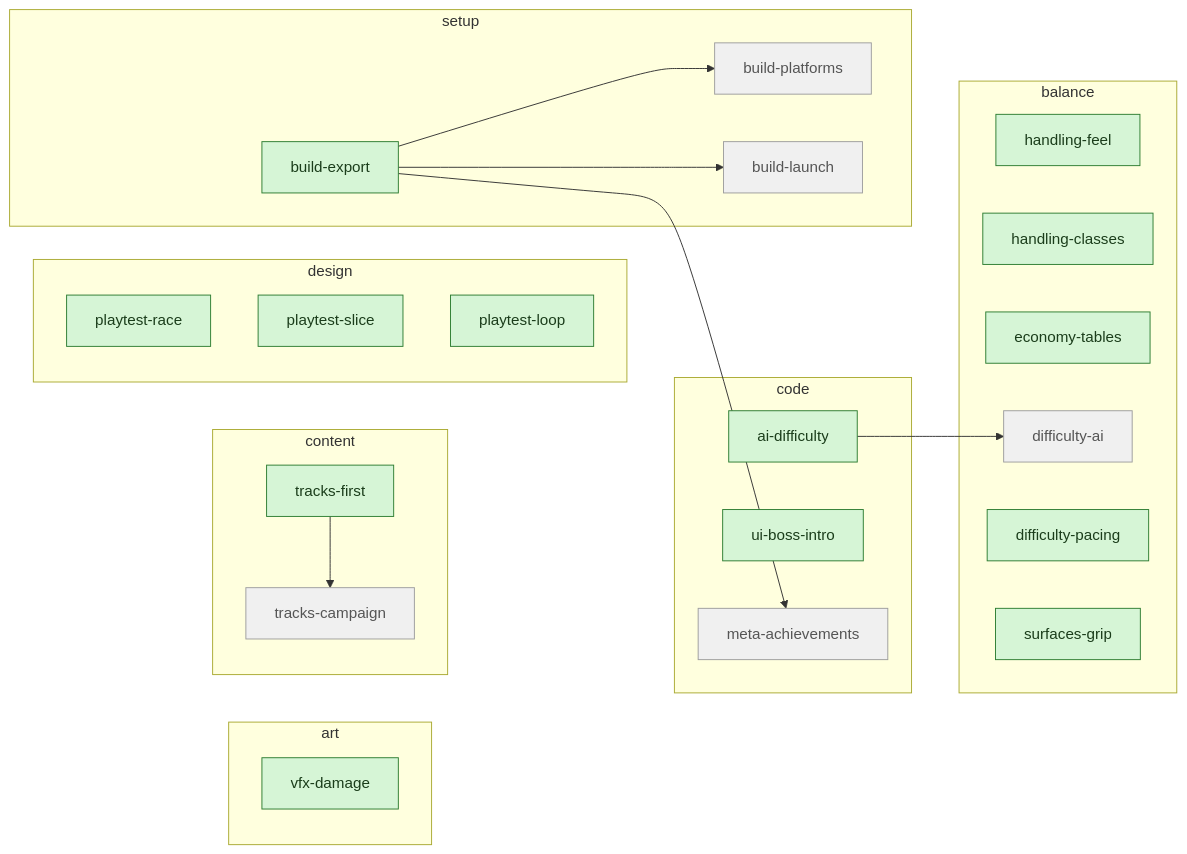
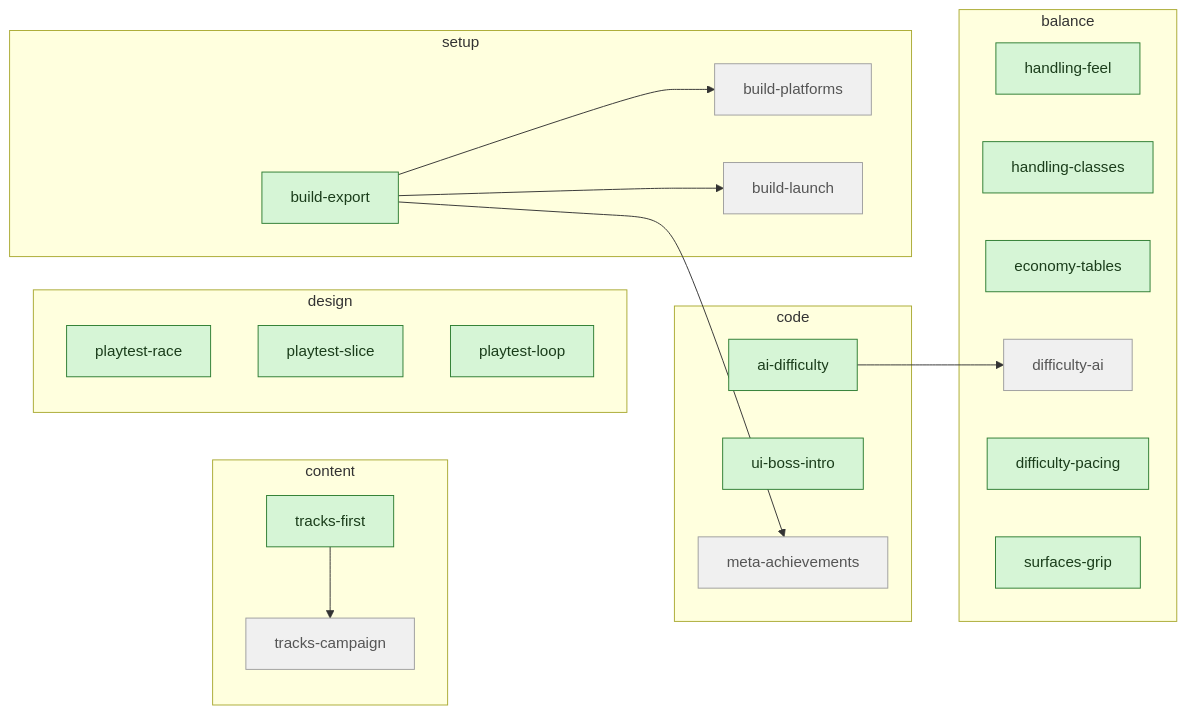
The third of 3 diagrams in STATUS.md (artemiiShabanov/RallyRivals), drawn with Mermaid before and after one commit. The commit also changed other lines of this file and 1 other file, not shown here.

First line of the commit message:
Tasks: close art-vfx-damage — 131/148

````diff
--- a/STATUS.md
+++ b/STATUS.md
@@ -89,42 +88,39 @@
 ```mermaid
 flowchart LR
   subgraph code
     code_ai_difficulty["ai-difficulty"]
     code_ui_boss_intro["ui-boss-intro"]
     code_meta_achievements["meta-achievements"]
-  end
-  subgraph art
-    art_vfx_damage["vfx-damage"]
   end
   subgraph content
     content_tracks_first["tracks-first"]
     content_tracks_campaign["tracks-campaign"]
   end
   subgraph balance
     balance_handling_feel["handling-feel"]
     balance_handling_classes["handling-classes"]
     balance_economy_tables["economy-tables"]
     balance_difficulty_ai["difficulty-ai"]
     balance_difficulty_pacing["difficulty-pacing"]
     balance_surfaces_grip["surfaces-grip"]
   end
   subgraph design
     design_playtest_race["playtest-race"]
     design_playtest_slice["playtest-slice"]
     design_playtest_loop["playtest-loop"]
   end
   subgraph setup
     setup_build_export["build-export"]
     setup_build_platforms["build-platforms"]
     setup_build_launch["build-launch"]
   end
   setup_build_export --> code_meta_achievements
   content_tracks_first --> content_tracks_campaign
   code_ai_difficulty --> balance_difficulty_ai
   setup_build_export --> setup_build_platforms
   setup_build_export --> setup_build_launch
   classDef avail fill:#d6f5d6,stroke:#2e7d32,color:#1b3d1b;
   classDef blocked fill:#f0f0f0,stroke:#9e9e9e,color:#555;
-  class code_ai_difficulty,code_ui_boss_intro,content_tracks_first,art_vfx_damage,balance_handling_feel,balance_handling_classes,balance_economy_tables,balance_difficulty_pacing,balance_surfaces_grip,design_playtest_race,design_playtest_slice,design_playtest_loop,setup_build_export avail;
+  class code_ai_difficulty,code_ui_boss_intro,content_tracks_first,balance_handling_feel,balance_handling_classes,balance_economy_tables,balance_difficulty_pacing,balance_surfaces_grip,design_playtest_race,design_playtest_slice,design_playtest_loop,setup_build_export avail;
   class code_meta_achievements,content_tracks_campaign,balance_difficulty_ai,setup_build_platforms,setup_build_launch blocked;
 ```
````
